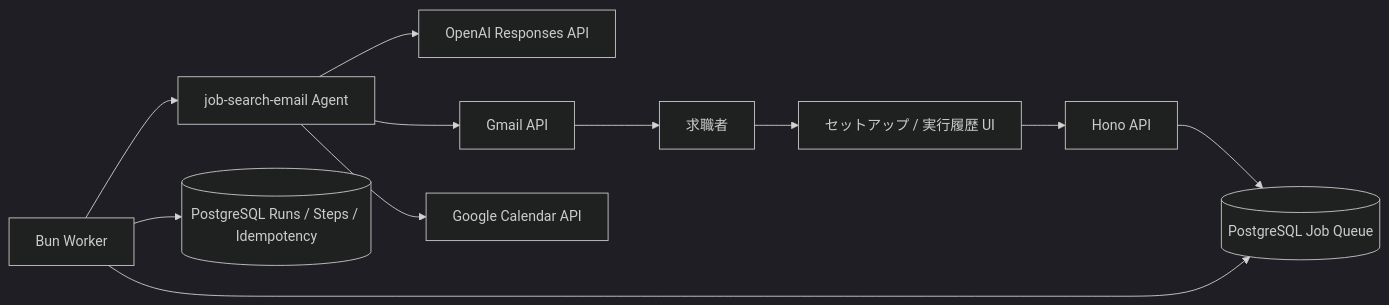
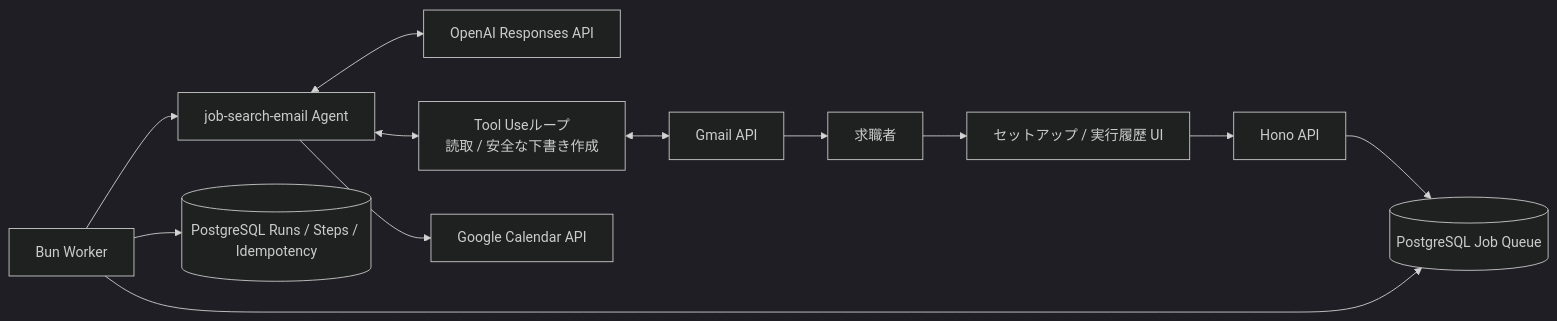
One commit to yusukesugahara/AIAgents changed the first of 2 diagrams in README.md. Above: the diagram before and after it, drawn with Mermaid (dark theme). The commit also changed other lines of this file and 21 other files, not shown here.

````diff
--- a/README.md
+++ b/README.md
@@ -25,13 +24,14 @@
 ```mermaid
 flowchart LR
   User[求職者] --> Setup[セットアップ / 実行履歴 UI]
   Setup --> API[Hono API]
   API --> Queue[(PostgreSQL Job Queue)]
   Worker[Bun Worker] --> Queue
   Worker --> Agent[job-search-email Agent]
-  Agent --> LLM[OpenAI Responses API]
-  Agent --> Gmail[Gmail API]
+  Agent <--> LLM[OpenAI Responses API]
+  Agent <--> Tools[Tool Useループ<br/>読取 / 安全な下書き作成]
+  Tools <--> Gmail[Gmail API]
   Agent --> Calendar[Google Calendar API]
   Worker --> Runs[(PostgreSQL Runs / Steps / Idempotency)]
   Gmail --> User
 ```
````
